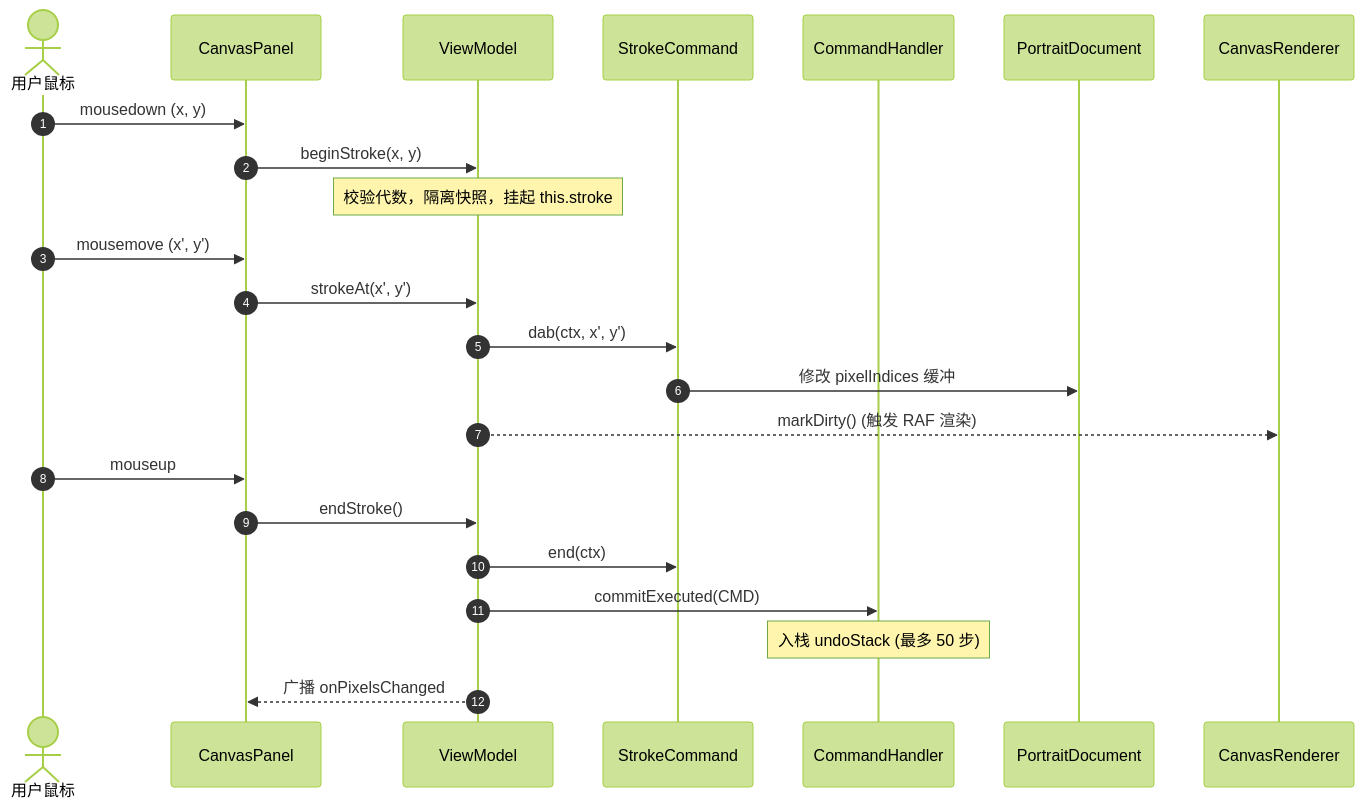
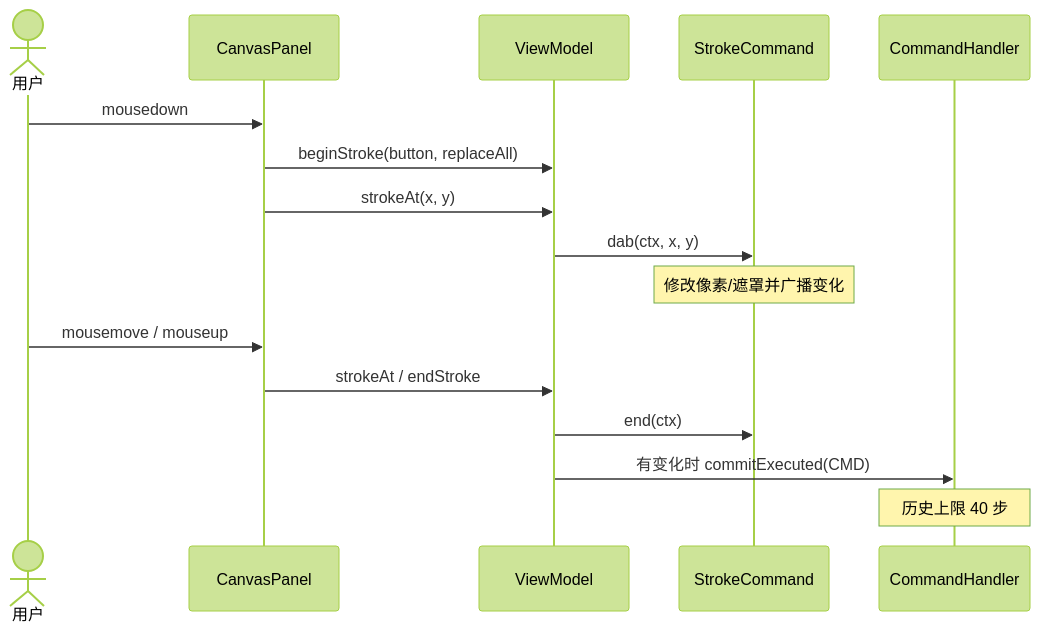
Before and after one commit to zpt0219/64px-portrait-studio: the second of 2 diagrams in docs/CODE_REVIEW_GUIDE.md, drawn with Mermaid (forest theme). The commit also changed other lines of this file and 48 other files, not shown here.

First line of the commit message:
refactor(core): implement core architecture refactor and test solidifications

````diff
--- a/docs/CODE_REVIEW_GUIDE.md
+++ b/docs/CODE_REVIEW_GUIDE.md
@@ -310,26 +227,18 @@
 ```mermaid
 sequenceDiagram
-  autonumber
-  actor User as 用户鼠标
+  actor User as 用户
   participant CP as CanvasPanel
   participant VM as ViewModel
   participant CMD as StrokeCommand
   participant CH as CommandHandler
-  participant Doc as PortraitDocument
-  participant CR as CanvasRenderer
-
-  User->>CP: mousedown (x, y)
-  CP->>VM: beginStroke(x, y)
-  Note over VM: 校验代数，隔离快照，挂起 this.stroke
-  User->>CP: mousemove (x', y')
-  CP->>VM: strokeAt(x', y')
-  VM->>CMD: dab(ctx, x', y')
-  CMD->>Doc: 修改 pixelIndices 缓冲
-  VM-->>CR: markDirty() (触发 RAF 渲染)
-  User->>CP: mouseup
-  CP->>VM: endStroke()
+  User->>CP: mousedown
+  CP->>VM: beginStroke(button, replaceAll)
+  CP->>VM: strokeAt(x, y)
+  VM->>CMD: dab(ctx, x, y)
+  Note over CMD: 修改像素/遮罩并广播变化
+  User->>CP: mousemove / mouseup
+  CP->>VM: strokeAt / endStroke
   VM->>CMD: end(ctx)
-  VM->>CH: commitExecuted(CMD)
-  Note over CH: 入栈 undoStack (最多 50 步)
-  VM-->>CP: 广播 onPixelsChanged
+  VM->>CH: 有变化时 commitExecuted(CMD)
+  Note over CH: 历史上限 40 步
 ```
````
